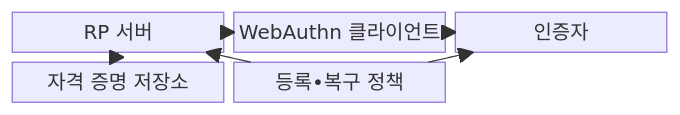
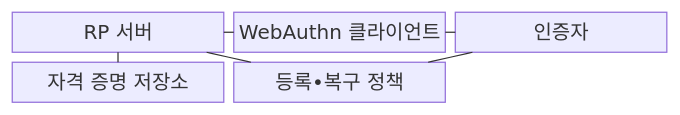
Before and after one commit to agnusdei1207/knowledge-base: the first of 2 diagrams in src/content/docs/notes/05-security/055_fido2_webauthn.md, drawn with Mermaid. The commit also changed other lines of this file and 493 other files, not shown here.

````diff
--- a/src/content/docs/notes/05-security/055_fido2_webauthn.md
+++ b/src/content/docs/notes/05-security/055_fido2_webauthn.md
@@ -63,14 +63,14 @@
 ```mermaid
 block-beta
   columns 3
   A["RP 서버"]
   B["WebAuthn 클라이언트"]
   C["인증자"]
   D["자격 증명 저장소"]
   E["등록•복구 정책"]
-    A --> B
-    B --> C
-    A --> D
-    E --> A
-    E --> C
+    A --- B
+    B --- C
+    A --- D
+    E --- A
+    E --- C
 ```
````
